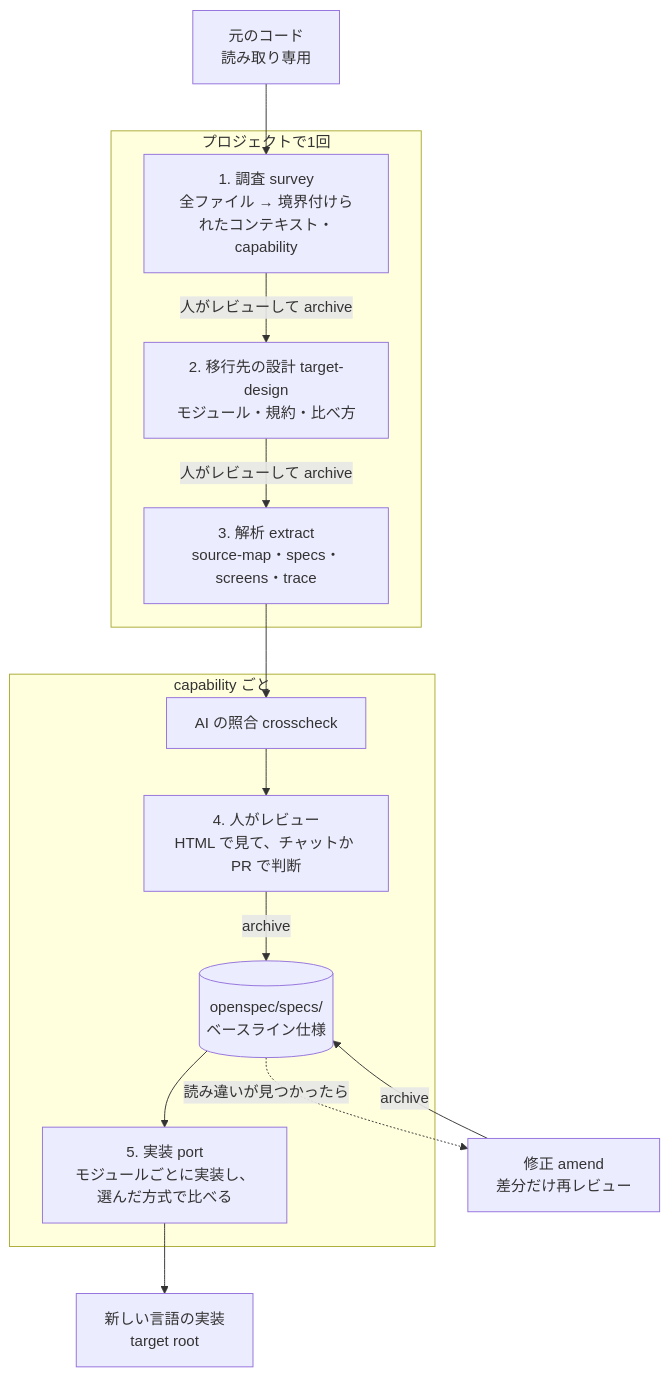
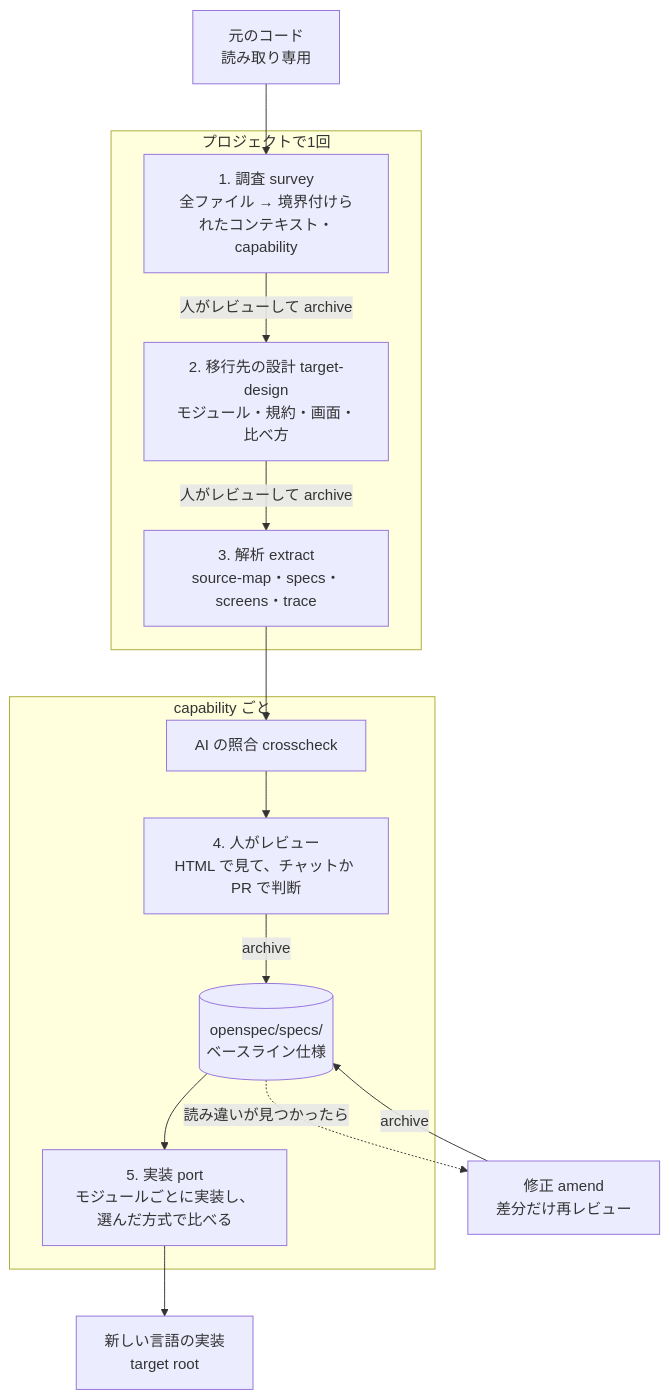
The first of 3 diagrams in docs/WORKFLOW.md (umauma00/spec-relay), drawn with Mermaid before and after one commit. The commit also changed other lines of this file and 24 other files, not shown here.

````diff
--- a/docs/WORKFLOW.md
+++ b/docs/WORKFLOW.md
@@ -7,17 +7,17 @@
 ```mermaid
 flowchart TD
   S[元のコード<br/>読み取り専用] --> SV
   subgraph F[プロジェクトで1回]
     SV[1. 調査 survey<br/>全ファイル → 境界付けられたコンテキスト・capability] -->|人がレビューして archive| TD
-    TD[2. 移行先の設計 target-design<br/>モジュール・規約・比べ方] -->|人がレビューして archive| L
+    TD[2. 移行先の設計 target-design<br/>モジュール・規約・画面・比べ方] -->|人がレビューして archive| L
   end
   subgraph C[capability ごと]
     L[3. 解析 extract<br/>source-map・specs・screens・trace] --> X[AI の照合 crosscheck]
     X --> R[4. 人がレビュー<br/>HTML で見て、チャットか PR で判断]
     R -->|archive| B[(openspec/specs/<br/>ベースライン仕様)]
     B --> I[5. 実装 port<br/>モジュールごとに実装し、選んだ方式で比べる]
   end
   B -. 読み違いが見つかったら .-> AM[修正 amend<br/>差分だけ再レビュー]
   AM -->|archive| B
   I --> T[新しい言語の実装<br/>target root]
 ```
````
